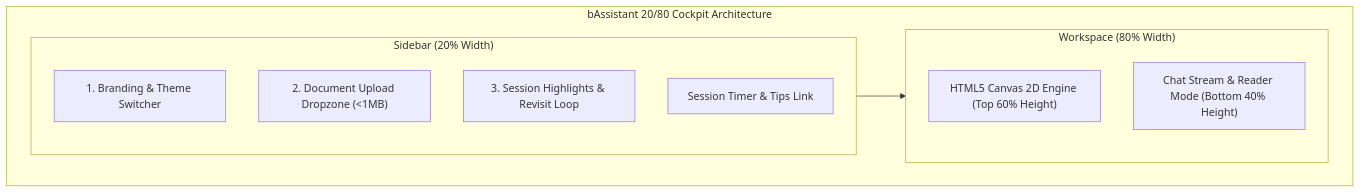
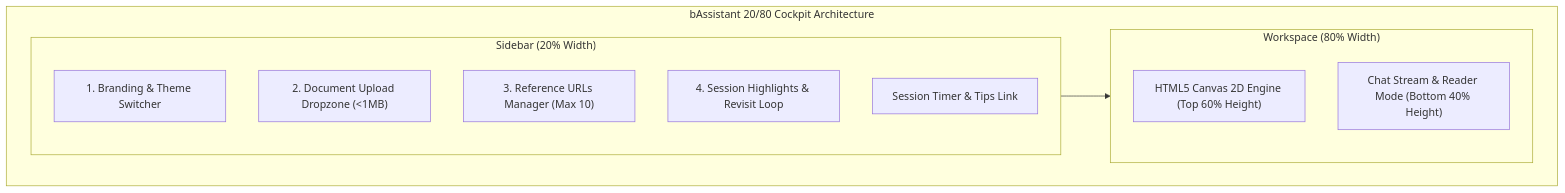
Before and after one commit to AmritSDutta/b_aassistant: the diagram in docs/cockpit-ui.mdx, drawn with Mermaid. The commit also changed other lines of this file and 10 other files, not shown here.

Commit message:
added reference URLs sidebar component, get_reference_url tool, and docs7 updates

````diff
--- a/docs/cockpit-ui.mdx
+++ b/docs/cockpit-ui.mdx
@@ -10,16 +10,17 @@
 ```mermaid
 flowchart TD
   subgraph Cockpit["bAssistant 20/80 Cockpit Architecture"]
     subgraph Sidebar["Sidebar (20% Width)"]
       B1["1. Branding & Theme Switcher"]
       B2["2. Document Upload Dropzone (<1MB)"]
-      B3["3. Session Highlights & Revisit Loop"]
-      B4["Session Timer & Tips Link"]
+      B3["3. Reference URLs Manager (Max 10)"]
+      B4["4. Session Highlights & Revisit Loop"]
+      B5["Session Timer & Tips Link"]
     end
     subgraph Workspace["Workspace (80% Width)"]
       W1["HTML5 Canvas 2D Engine (Top 60% Height)"]
       W2["Chat Stream & Reader Mode (Bottom 40% Height)"]
     end
   end
   Sidebar --> Workspace
 ```
````
